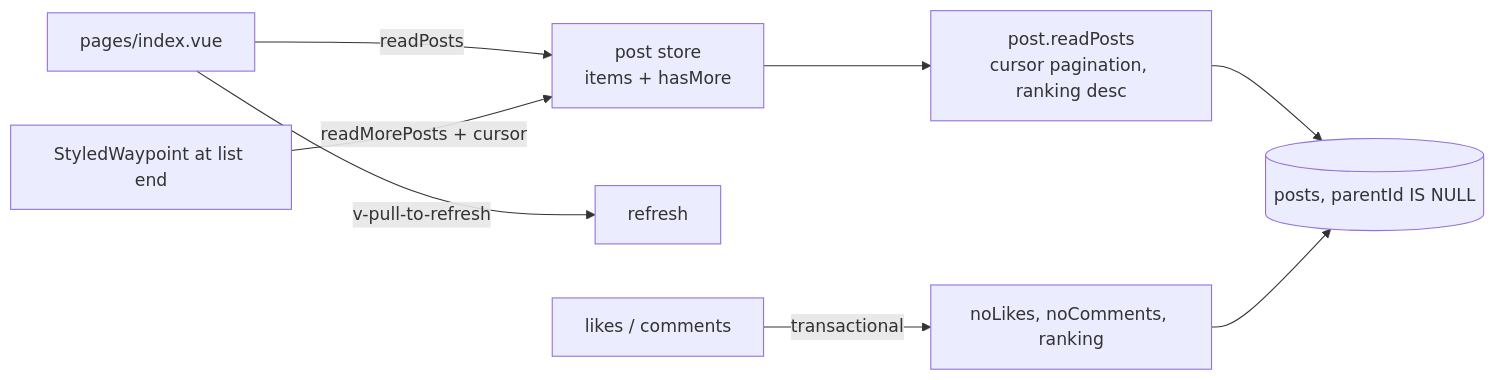
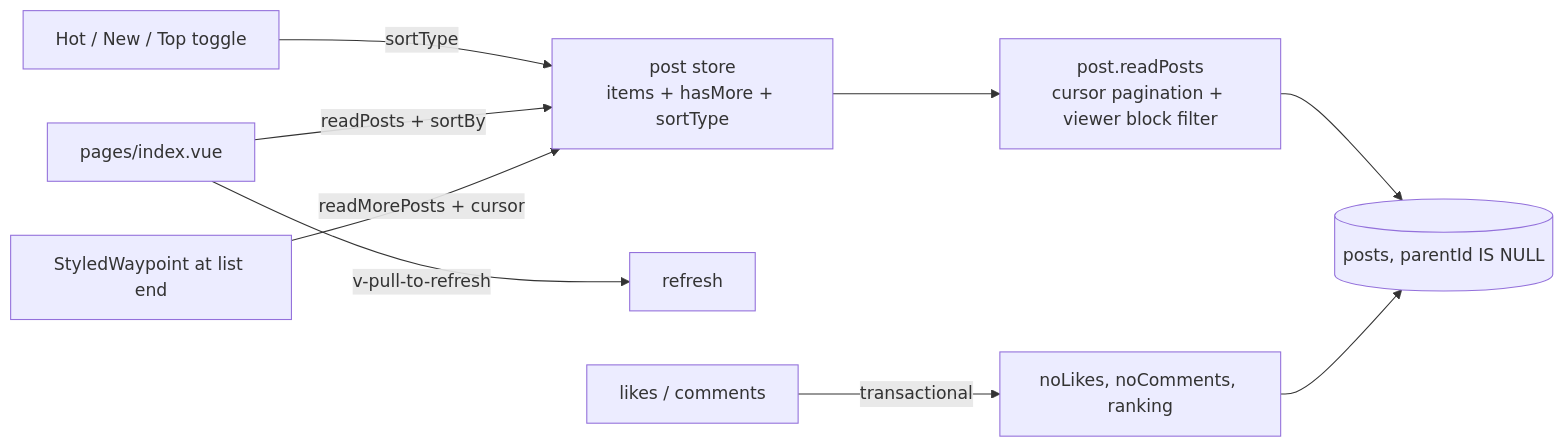
One commit to Esposter/Esposter changed the diagram in packages/app/content/docs/posts/feed-and-ranking.md. Above: the diagram before and after it, drawn with Mermaid. The commit also changed other lines of this file and 23 other files, not shown here.

````diff
--- a/packages/app/content/docs/posts/feed-and-ranking.md
+++ b/packages/app/content/docs/posts/feed-and-ranking.md
@@ -12,10 +12,11 @@
 ```mermaid
 flowchart LR
-  page[pages/index.vue] -->|readPosts| store[post store\nitems + hasMore]
+  toggle[Hot / New / Top toggle] -->|sortType| store[post store\nitems + hasMore + sortType]
+  page[pages/index.vue] -->|readPosts + sortBy| store
   page -->|v-pull-to-refresh| refresh[refresh]
   waypoint[StyledWaypoint at list end] -->|readMorePosts + cursor| store
-  store --> proc[post.readPosts\ncursor pagination, ranking desc]
+  store --> proc[post.readPosts\ncursor pagination + viewer block filter]
   proc --> pg[(posts, parentId IS NULL)]
   mutation[likes / comments] -->|transactional| counters[noLikes, noComments, ranking]
   counters --> pg
 ```
````
